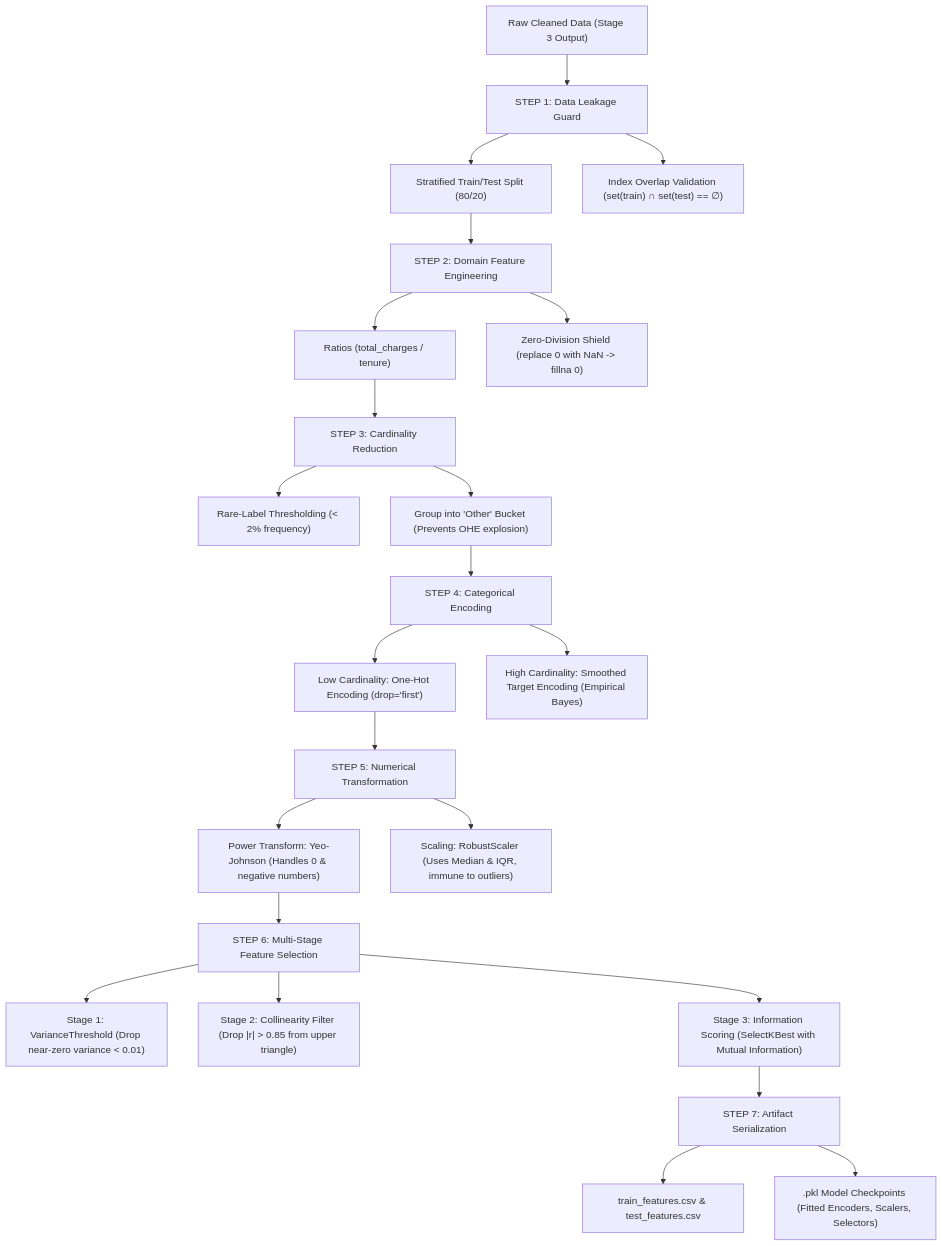
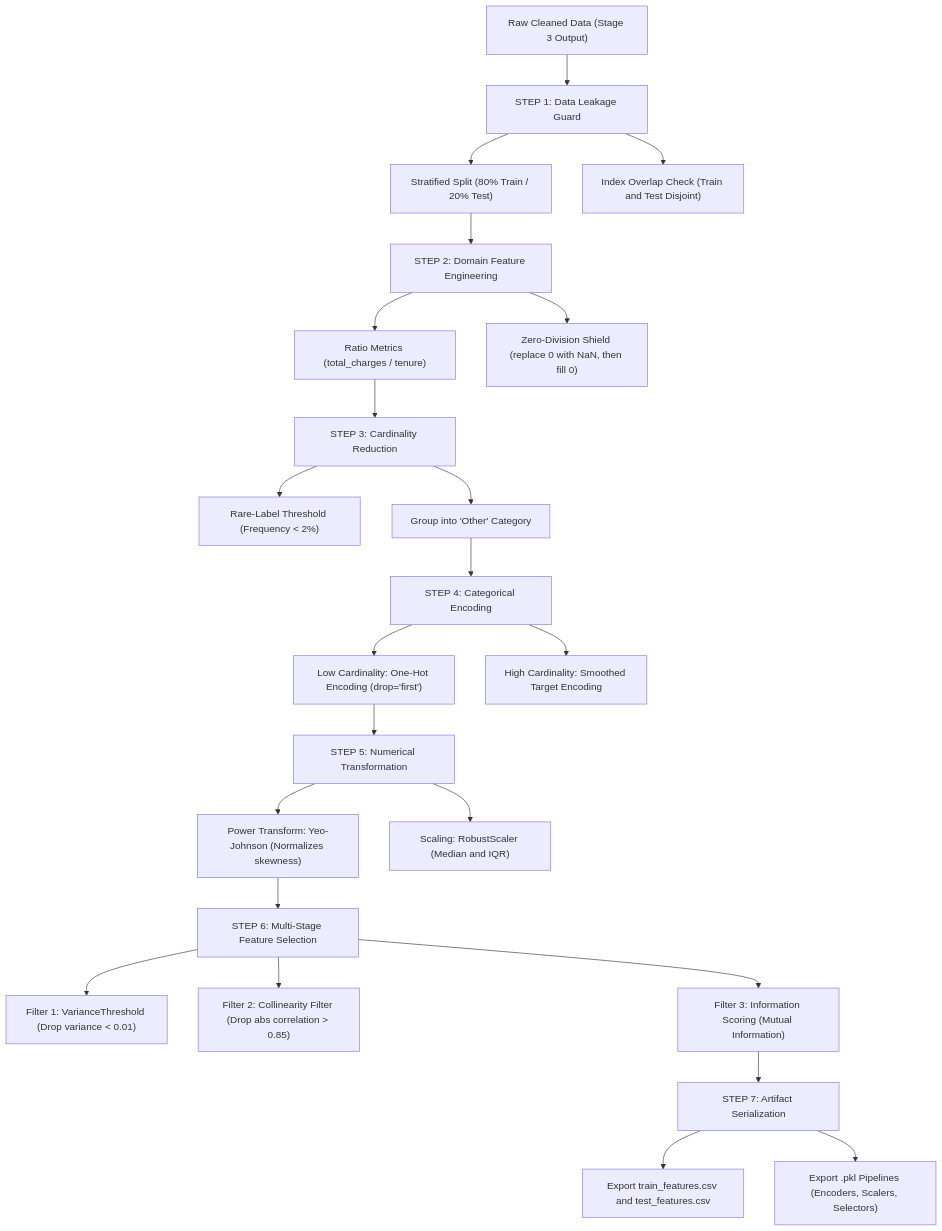
One commit to Abiads/CDAC-Machine-Learning changed the diagram in Day4/Stage_04_Mindmap_Notes_MCQs.md. Above: the diagram before and after it, drawn with Mermaid. The commit also changed other lines of this file and 1 other file, not shown here.

Commit message:
docs: add ASCII mindmap fallback and standalone interactive HTML dashboard for Stage 4

````diff
--- a/Day4/Stage_04_Mindmap_Notes_MCQs.md
+++ b/Day4/Stage_04_Mindmap_Notes_MCQs.md
@@ -8,31 +38,31 @@
 ```mermaid
-graph TD
+flowchart TD
     A["Raw Cleaned Data (Stage 3 Output)"] --> B["STEP 1: Data Leakage Guard"]
-    B --> B1["Stratified Train/Test Split (80/20)"]
-    B --> B2["Index Overlap Validation (set(train) ∩ set(test) == ∅)"]
+    B --> B1["Stratified Split (80% Train / 20% Test)"]
+    B --> B2["Index Overlap Check (Train and Test Disjoint)"]
     
     B1 --> C["STEP 2: Domain Feature Engineering"]
-    C --> C1["Ratios (total_charges / tenure)"]
-    C --> C2["Zero-Division Shield (replace 0 with NaN -> fillna 0)"]
+    C --> C1["Ratio Metrics (total_charges / tenure)"]
+    C --> C2["Zero-Division Shield (replace 0 with NaN, then fill 0)"]
 
     C1 --> D["STEP 3: Cardinality Reduction"]
-    D --> D1["Rare-Label Thresholding (< 2% frequency)"]
-    D --> D2["Group into 'Other' Bucket (Prevents OHE explosion)"]
+    D --> D1["Rare-Label Threshold (Frequency < 2%)"]
+    D --> D2["Group into 'Other' Category"]
 
     D2 --> E["STEP 4: Categorical Encoding"]
     E --> E1["Low Cardinality: One-Hot Encoding (drop='first')"]
-    E --> E2["High Cardinality: Smoothed Target Encoding (Empirical Bayes)"]
+    E --> E2["High Cardinality: Smoothed Target Encoding"]
 
     E1 --> F["STEP 5: Numerical Transformation"]
-    F --> F1["Power Transform: Yeo-Johnson (Handles 0 & negative numbers)"]
-    F --> F2["Scaling: RobustScaler (Uses Median & IQR, immune to outliers)"]
+    F --> F1["Power Transform: Yeo-Johnson (Normalizes skewness)"]
+    F --> F2["Scaling: RobustScaler (Median and IQR)"]
 
     F1 --> G["STEP 6: Multi-Stage Feature Selection"]
-    G --> G1["Stage 1: VarianceThreshold (Drop near-zero variance < 0.01)"]
-    G --> G2["Stage 2: Collinearity Filter (Drop |r| > 0.85 from upper triangle)"]
-    G --> G3["Stage 3: Information Scoring (SelectKBest with Mutual Information)"]
+    G --> G1["Filter 1: VarianceThreshold (Drop variance < 0.01)"]
+    G --> G2["Filter 2: Collinearity Filter (Drop abs correlation > 0.85)"]
+    G --> G3["Filter 3: Information Scoring (Mutual Information)"]
 
     G3 --> H["STEP 7: Artifact Serialization"]
-    H --> H1["train_features.csv & test_features.csv"]
-    H --> H2[".pkl Model Checkpoints (Fitted Encoders, Scalers, Selectors)"]
+    H --> H1["Export train_features.csv and test_features.csv"]
+    H --> H2["Export .pkl Pipelines (Encoders, Scalers, Selectors)"]
 ```
````
